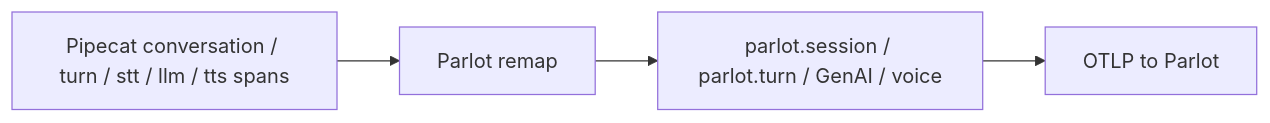
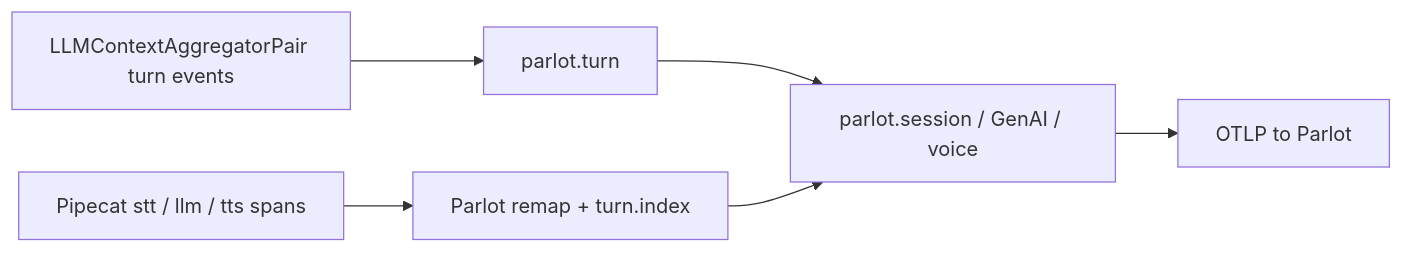
The diagram in docs/content/docs/sdk/guides/pipecat.md (parlot-ai/sdk), drawn with Mermaid before and after one commit. The commit also changed other lines of this file and 8 other files, not shown here.

First line of the commit message:
fix(pipecat): mint parlot.turn from context-aggregator events (#125)

````diff
--- a/docs/content/docs/sdk/guides/pipecat.md
+++ b/docs/content/docs/sdk/guides/pipecat.md
@@ -28,6 +28,8 @@
 ```mermaid
 flowchart LR
-  PipecatOTEL["Pipecat conversation / turn / stt / llm / tts spans"] --> Remap["Parlot remap"]
-  Remap --> Contract["parlot.session / parlot.turn / GenAI / voice"]
+  Agg["LLMContextAggregatorPair turn events"] --> Turns["parlot.turn"]
+  PipecatOTEL["Pipecat stt / llm / tts spans"] --> Remap["Parlot remap + turn.index"]
+  Turns --> Contract["parlot.session / GenAI / voice"]
+  Remap --> Contract
   Contract --> OTLP["OTLP to Parlot"]
 ```
````
